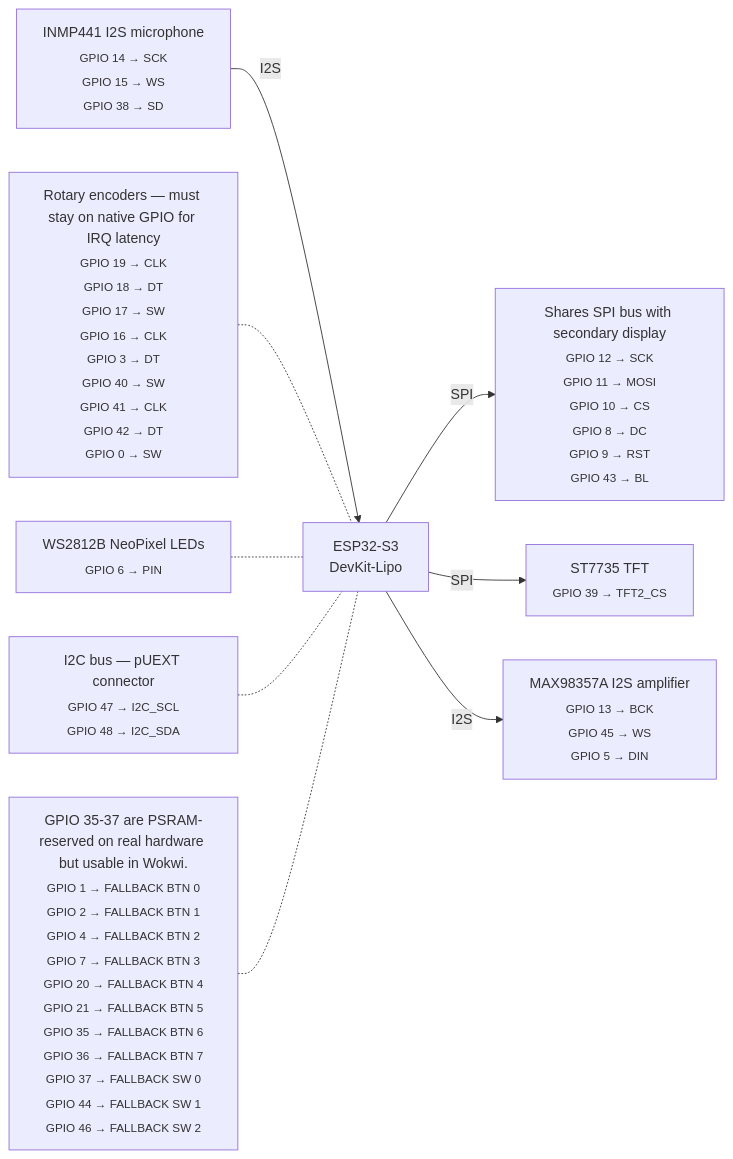
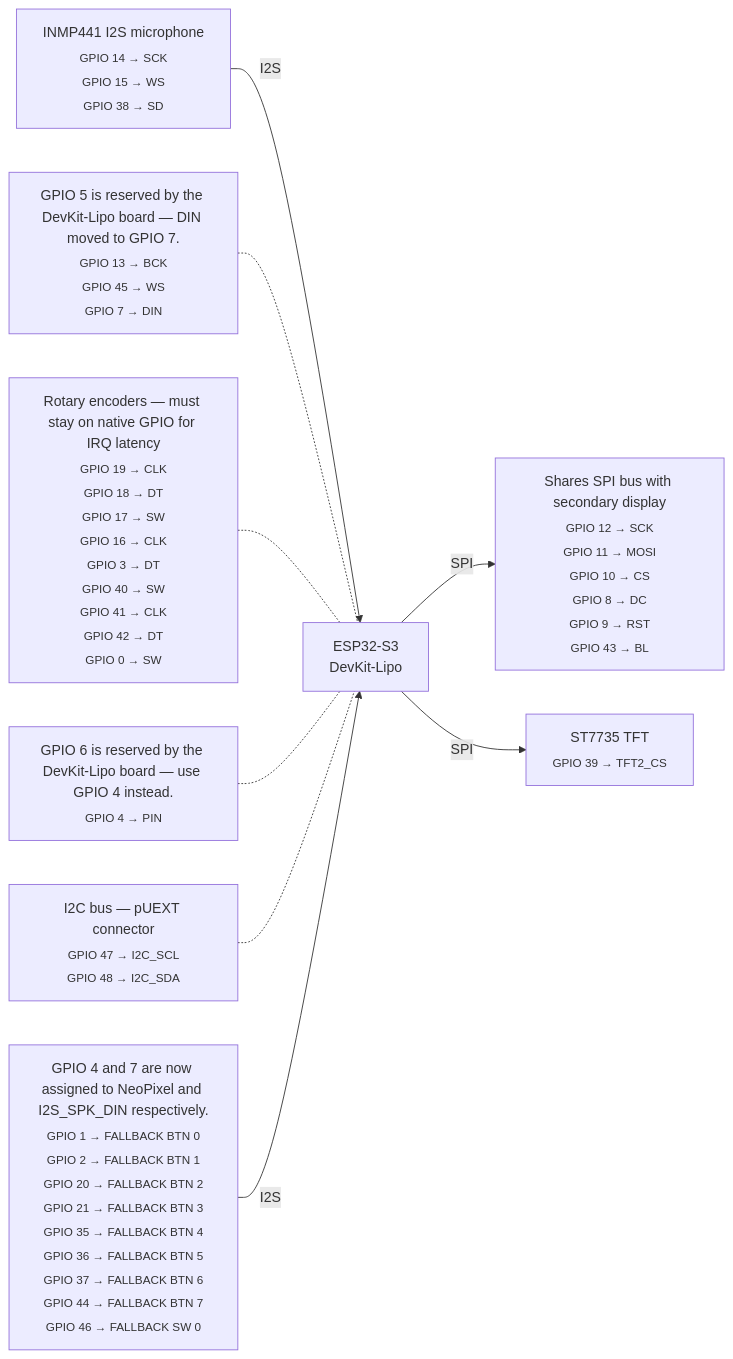
The diagram in docs/wiring.md (mandakan/bodn-esp32), drawn with Mermaid before and after one commit. The commit also changed other lines of this file and 9 other files, not shown here.

First line of the commit message:
Add battery level indicator and free board-reserved GPIOs

````diff
--- a/docs/wiring.md
+++ b/docs/wiring.md
@@ -8,29 +8,29 @@
 ```mermaid
 graph LR
     ESP["ESP32-S3<br/>DevKit-Lipo"]
 
     SharesSPIbuswithsecondarydisplay["Shares SPI bus with secondary display<br/><sub>GPIO 12 → SCK<br/>GPIO 11 → MOSI<br/>GPIO 10 → CS<br/>GPIO 8 → DC<br/>GPIO 9 → RST<br/>GPIO 43 → BL</sub>"]
     ESP -- SPI --> SharesSPIbuswithsecondarydisplay
 
     ST7735TFT["ST7735 TFT<br/><sub>GPIO 39 → TFT2_CS</sub>"]
     ESP -- SPI --> ST7735TFT
 
     INMP441I2Smicrophone["INMP441 I2S microphone<br/><sub>GPIO 14 → SCK<br/>GPIO 15 → WS<br/>GPIO 38 → SD</sub>"]
     INMP441I2Smicrophone -- I2S --> ESP
 
-    MAX98357AI2Samplifier["MAX98357A I2S amplifier<br/><sub>GPIO 13 → BCK<br/>GPIO 45 → WS<br/>GPIO 5 → DIN</sub>"]
-    ESP -- I2S --> MAX98357AI2Samplifier
+    GPIO5isreservedbytheDevKitLipoboardDINmovedtoGPIO7["GPIO 5 is reserved by the DevKit-Lipo board — DIN moved to GPIO 7.<br/><sub>GPIO 13 → BCK<br/>GPIO 45 → WS<br/>GPIO 7 → DIN</sub>"]
+    GPIO5isreservedbytheDevKitLipoboardDINmovedtoGPIO7 -.- ESP
 
     RotaryencodersmuststayonnativeGPIOforIRQlatency["Rotary encoders — must stay on native GPIO for IRQ latency<br/><sub>GPIO 19 → CLK<br/>GPIO 18 → DT<br/>GPIO 17 → SW<br/>GPIO 16 → CLK<br/>GPIO 3 → DT<br/>GPIO 40 → SW<br/>GPIO 41 → CLK<br/>GPIO 42 → DT<br/>GPIO 0 → SW</sub>"]
     RotaryencodersmuststayonnativeGPIOforIRQlatency -.- ESP
 
-    WS2812BNeoPixelLEDs["WS2812B NeoPixel LEDs<br/><sub>GPIO 6 → PIN</sub>"]
-    WS2812BNeoPixelLEDs -.- ESP
+    GPIO6isreservedbytheDevKitLipoboarduseGPIO4instead["GPIO 6 is reserved by the DevKit-Lipo board — use GPIO 4 instead.<br/><sub>GPIO 4 → PIN</sub>"]
+    GPIO6isreservedbytheDevKitLipoboarduseGPIO4instead -.- ESP
 
     I2CbuspUEXTconnector["I2C bus — pUEXT connector<br/><sub>GPIO 47 → I2C_SCL<br/>GPIO 48 → I2C_SDA</sub>"]
     I2CbuspUEXTconnector -.- ESP
 
-    GPIO3537arePSRAMreservedonrealhardwarebutusableinWokwi["GPIO 35-37 are PSRAM-reserved on real hardware but usable in Wokwi.<br/><sub>GPIO 1 → FALLBACK BTN 0<br/>GPIO 2 → FALLBACK BTN 1<br/>GPIO 4 → FALLBACK BTN 2<br/>GPIO 7 → FALLBACK BTN 3<br/>GPIO 20 → FALLBACK BTN 4<br/>GPIO 21 → FALLBACK BTN 5<br/>GPIO 35 → FALLBACK BTN 6<br/>GPIO 36 → FALLBACK BTN 7<br/>GPIO 37 → FALLBACK SW 0<br/>GPIO 44 → FALLBACK SW 1<br/>GPIO 46 → FALLBACK SW 2</sub>"]
-    GPIO3537arePSRAMreservedonrealhardwarebutusableinWokwi -.- ESP
+    GPIO4and7arenowassignedtoNeoPixelandI2SSPKDINrespectively["GPIO 4 and 7 are now assigned to NeoPixel and I2S_SPK_DIN respectively.<br/><sub>GPIO 1 → FALLBACK BTN 0<br/>GPIO 2 → FALLBACK BTN 1<br/>GPIO 20 → FALLBACK BTN 2<br/>GPIO 21 → FALLBACK BTN 3<br/>GPIO 35 → FALLBACK BTN 4<br/>GPIO 36 → FALLBACK BTN 5<br/>GPIO 37 → FALLBACK BTN 6<br/>GPIO 44 → FALLBACK BTN 7<br/>GPIO 46 → FALLBACK SW 0</sub>"]
+    GPIO4and7arenowassignedtoNeoPixelandI2SSPKDINrespectively -- I2S --> ESP
 
 ```
````
